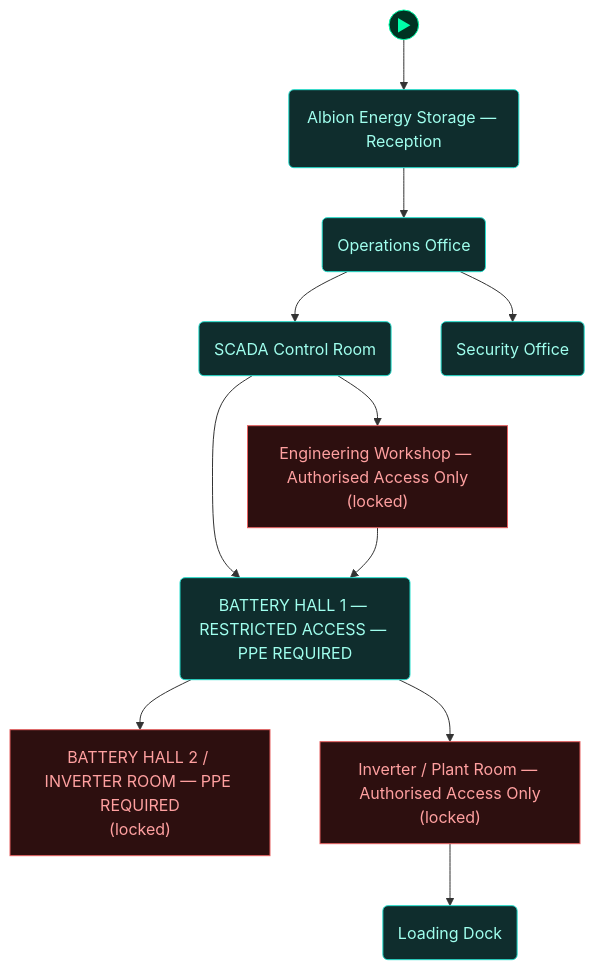
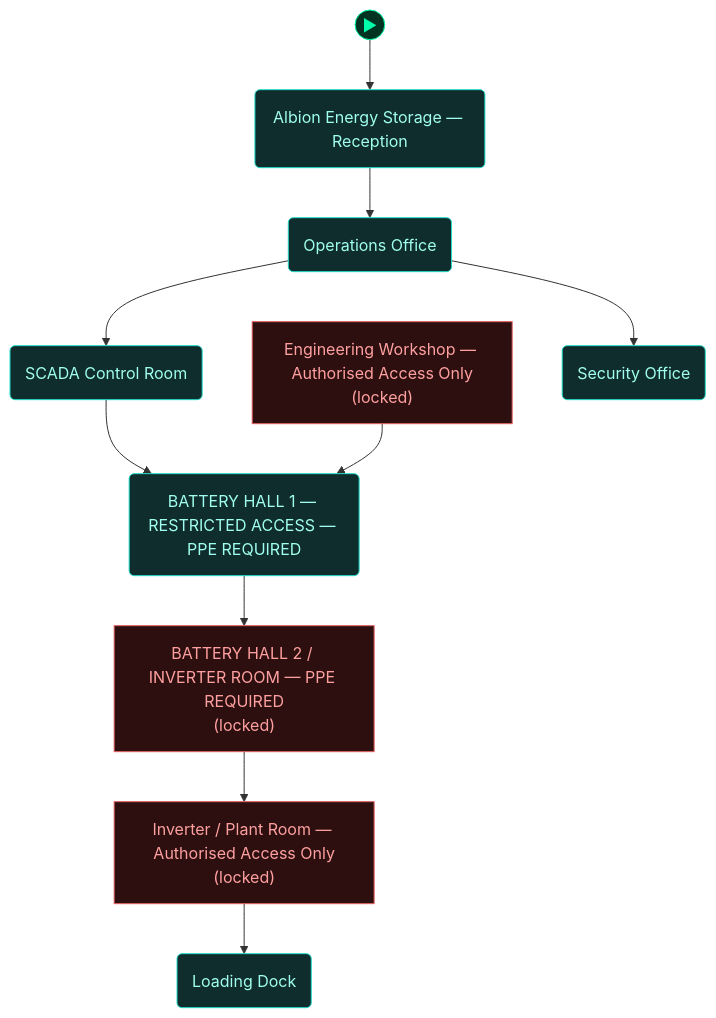
One commit to cliffe/BreakEscapeGame changed the fourth of 5 diagrams in scenarios/m04_critical_failure/dungeon_graph.md. Above: the diagram before and after it, drawn with Mermaid. The commit also changed other lines of this file and 42 other files, not shown here.

````diff
--- a/scenarios/m04_critical_failure/dungeon_graph.md
+++ b/scenarios/m04_critical_failure/dungeon_graph.md
@@ -321,45 +329,44 @@
 ```mermaid
 flowchart TD
 
   classDef room      fill:#0f2d2d,stroke:#22ddcc,color:#a0ffee
   classDef lock      fill:#2d0f0f,stroke:#e66060,color:#ffa0a0
   classDef key       fill:#2d0812,stroke:#e66060,color:#ffa0a0
   classDef item      fill:#2d1200,stroke:#e89030,color:#ffcc80
   classDef gate      fill:#111,stroke:#666,color:#eee
   classDef vm        fill:#0c1f40,stroke:#4a90d9,color:#a0c8ff
   classDef flag      fill:#1a0c2d,stroke:#9060d0,color:#cc99ff
   classDef action    fill:#1a1200,stroke:#cc9922,color:#ffee88
   classDef aim       fill:#0d2a0d,stroke:#44cc44,color:#88ff88
   classDef aim_gate  fill:#111111,stroke:#44cc44,color:#44cc44
   classDef container fill:#1a2d1a,stroke:#60b060,color:#a0e0a0
   classDef npc       fill:#2d1f0d,stroke:#d0a050,color:#ffe0a0
   classDef critical  fill:#2a1500,stroke:#ffaa00,color:#ffdd88
   classDef start     fill:#003322,stroke:#00ffaa,color:#00ffaa
 
   node_start(("▶"))
   node_start --> main_entrance
 
   main_entrance("Albion Energy Storage — Reception")
   operations_office("Operations Office")
   scada_control_room("SCADA Control Room")
   engineering_workshop["Engineering Workshop — Authorised Access Only<br/>(locked)"]
   security_office("Security Office")
   battery_hall_1("BATTERY HALL 1 — RESTRICTED ACCESS — PPE REQUIRED")
   battery_hall_2["BATTERY HALL 2 / INVERTER ROOM — PPE REQUIRED<br/>(locked)"]
   plant_room["Inverter / Plant Room — Authorised Access Only<br/>(locked)"]
   loading_dock("Loading Dock")
 
   main_entrance --> operations_office
   operations_office --> scada_control_room
   operations_office --> security_office
-  scada_control_room --> engineering_workshop
   scada_control_room --> battery_hall_1
   engineering_workshop --> battery_hall_1
   battery_hall_1 --> battery_hall_2
-  battery_hall_1 --> plant_room
+  battery_hall_2 --> plant_room
   plant_room --> loading_dock
 
   class main_entrance,operations_office,scada_control_room,security_office,battery_hall_1,loading_dock room
   class engineering_workshop,battery_hall_2,plant_room lock
   class node_start start
 ```
````
